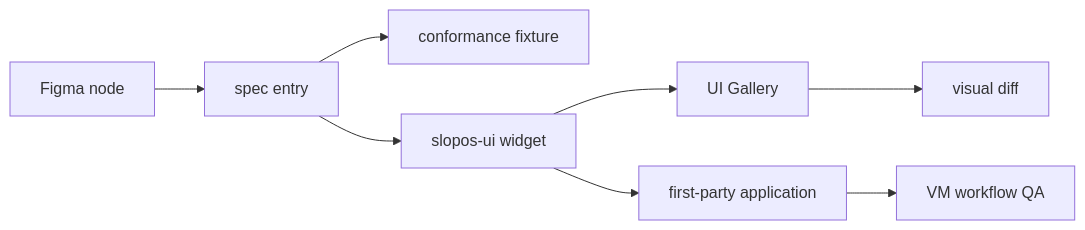
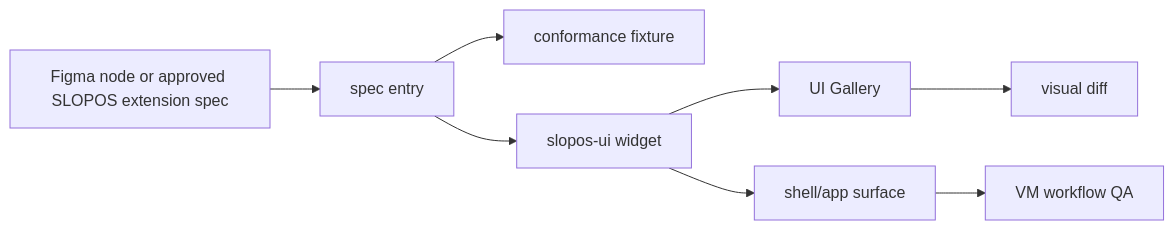
The fourth of 5 diagrams in AGENTS.md (palaashatri/rust-slopos), drawn with Mermaid before and after one commit. The commit also changed other lines of this file, not shown here.

Commit message:
docs: define complete shell, Dock, applets and OSD platform

````diff
--- a/AGENTS.md
+++ b/AGENTS.md
@@ -375,10 +453,10 @@
-```mermaid
+~~~mermaid
 flowchart LR
-    F[Figma node] --> SPEC[spec entry]
+    F[Figma node or approved SLOPOS extension spec] --> SPEC[spec entry]
     SPEC --> TEST[conformance fixture]
     SPEC --> WIDGET[slopos-ui widget]
     WIDGET --> GALLERY[UI Gallery]
     GALLERY --> DIFF[visual diff]
-    WIDGET --> APP[first-party application]
-    APP --> VM[VM workflow QA]
-```
+    WIDGET --> SURFACE[shell/app surface]
+    SURFACE --> VM[VM workflow QA]
+~~~
````
